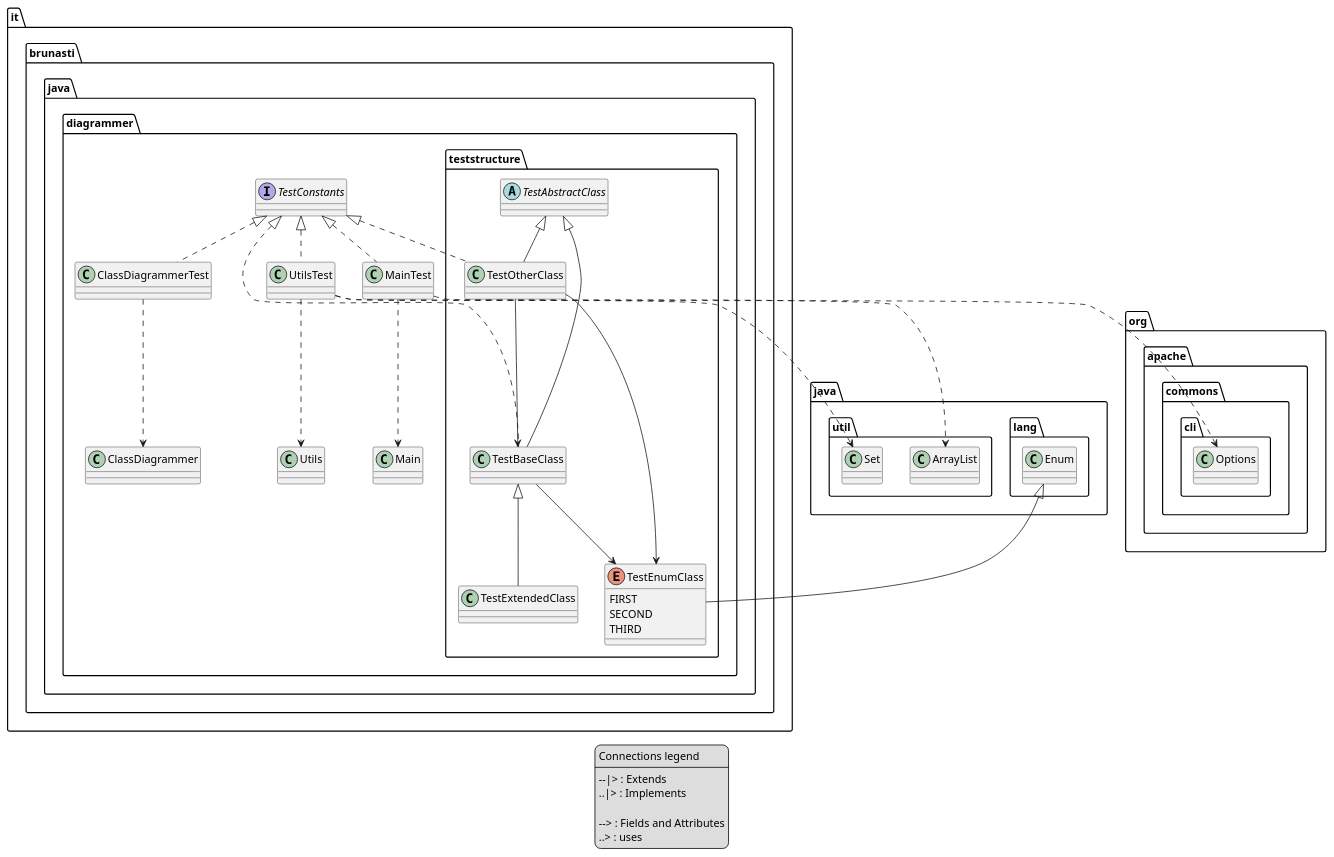
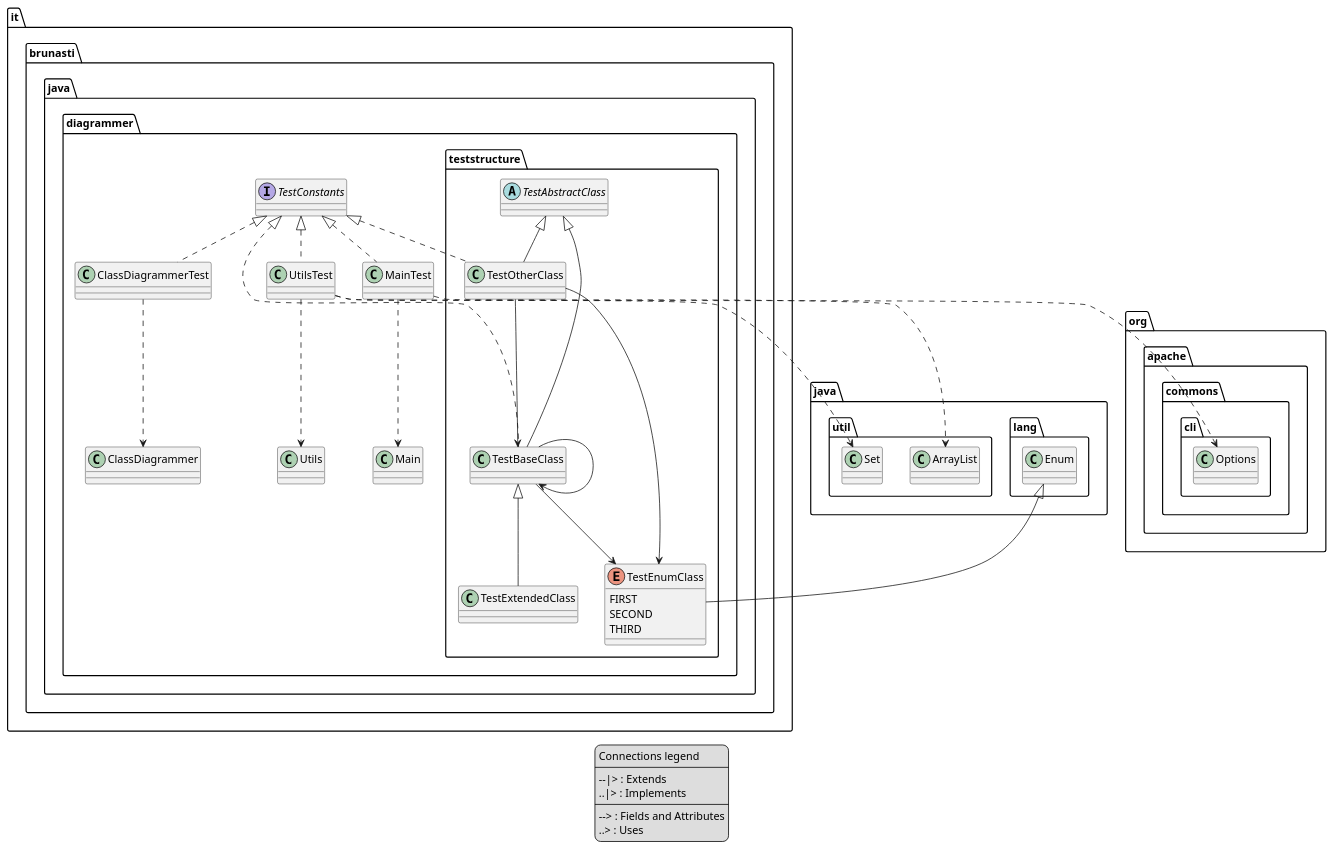
The diagram in temp/output-test.puml (brunasti/java-diagrammer), drawn with PlantUML before and after one commit. The commit also changed 3 other files, not shown here.

Commit message:
Updates diagram images

```diff
--- a/temp/output-test.puml
+++ b/temp/output-test.puml
@@ -1,63 +1,64 @@
 @startuml
 'https://plantuml.com/class-diagram
 
 ' GENERATE CLASS DIAGRAM ===========
 ' Generator       : it.brunasti.java.diagrammer.ClassDiagrammer
 ' Path            : [./target/test-classes]
 ' Configuration   : []
-' Generated at    : Wed Mar 27 17:14:08 CET 2024
+' Generated at    : Thu Mar 28 10:23:34 CET 2024
 legend
 Connections legend
 ----
 --|> : Extends
 ..|> : Implements
-
+----
 --> : Fields and Attributes
-..> : uses
+..> : Uses
 end legend
 
 
 
 ' CLASSES =======
 class it.brunasti.java.diagrammer.ClassDiagrammerTest
 class it.brunasti.java.diagrammer.UtilsTest
 interface it.brunasti.java.diagrammer.TestConstants
 abstract it.brunasti.java.diagrammer.teststructure.TestAbstractClass
 class it.brunasti.java.diagrammer.teststructure.TestBaseClass
 enum it.brunasti.java.diagrammer.teststructure.TestEnumClass{
   FIRST
   SECOND
   THIRD
 }
 class it.brunasti.java.diagrammer.teststructure.TestExtendedClass
 class it.brunasti.java.diagrammer.teststructure.TestOtherClass
 class it.brunasti.java.diagrammer.MainTest
 
 ' INHERITANCES =======
 it.brunasti.java.diagrammer.teststructure.TestAbstractClass <|-- it.brunasti.java.diagrammer.teststructure.TestBaseClass
 java.lang.Enum <|-- it.brunasti.java.diagrammer.teststructure.TestEnumClass
 it.brunasti.java.diagrammer.teststructure.TestBaseClass <|-- it.brunasti.java.diagrammer.teststructure.TestExtendedClass
 it.brunasti.java.diagrammer.teststructure.TestAbstractClass <|-- it.brunasti.java.diagrammer.teststructure.TestOtherClass
 
 ' IMPLEMENT INTERFACE =======
 it.brunasti.java.diagrammer.TestConstants <|.. it.brunasti.java.diagrammer.ClassDiagrammerTest
 it.brunasti.java.diagrammer.TestConstants <|.. it.brunasti.java.diagrammer.UtilsTest
 it.brunasti.java.diagrammer.TestConstants <|.. it.brunasti.java.diagrammer.teststructure.TestBaseClass
 it.brunasti.java.diagrammer.TestConstants <|.. it.brunasti.java.diagrammer.teststructure.TestOtherClass
 it.brunasti.java.diagrammer.TestConstants <|.. it.brunasti.java.diagrammer.MainTest
 
 ' FIELDS =======
+it.brunasti.java.diagrammer.teststructure.TestBaseClass --> it.brunasti.java.diagrammer.teststructure.TestBaseClass
 it.brunasti.java.diagrammer.teststructure.TestBaseClass --> it.brunasti.java.diagrammer.teststructure.TestEnumClass
 it.brunasti.java.diagrammer.teststructure.TestOtherClass --> it.brunasti.java.diagrammer.teststructure.TestBaseClass
 it.brunasti.java.diagrammer.teststructure.TestOtherClass --> it.brunasti.java.diagrammer.teststructure.TestEnumClass
 
 ' USES =======
 it.brunasti.java.diagrammer.ClassDiagrammerTest ..> it.brunasti.java.diagrammer.ClassDiagrammer
 it.brunasti.java.diagrammer.UtilsTest ..> it.brunasti.java.diagrammer.Utils
 it.brunasti.java.diagrammer.UtilsTest ..> java.util.Set
 it.brunasti.java.diagrammer.UtilsTest ..> java.util.ArrayList
 it.brunasti.java.diagrammer.MainTest ..> it.brunasti.java.diagrammer.Main
 it.brunasti.java.diagrammer.MainTest ..> org.apache.commons.cli.Options
 
 
 @enduml
```
